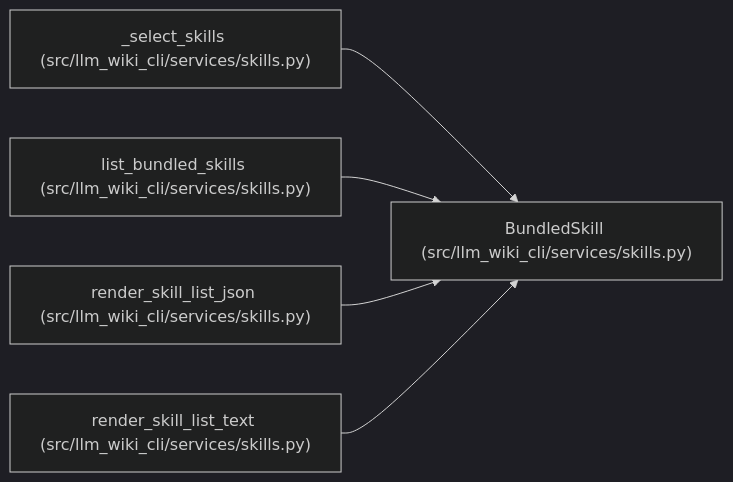
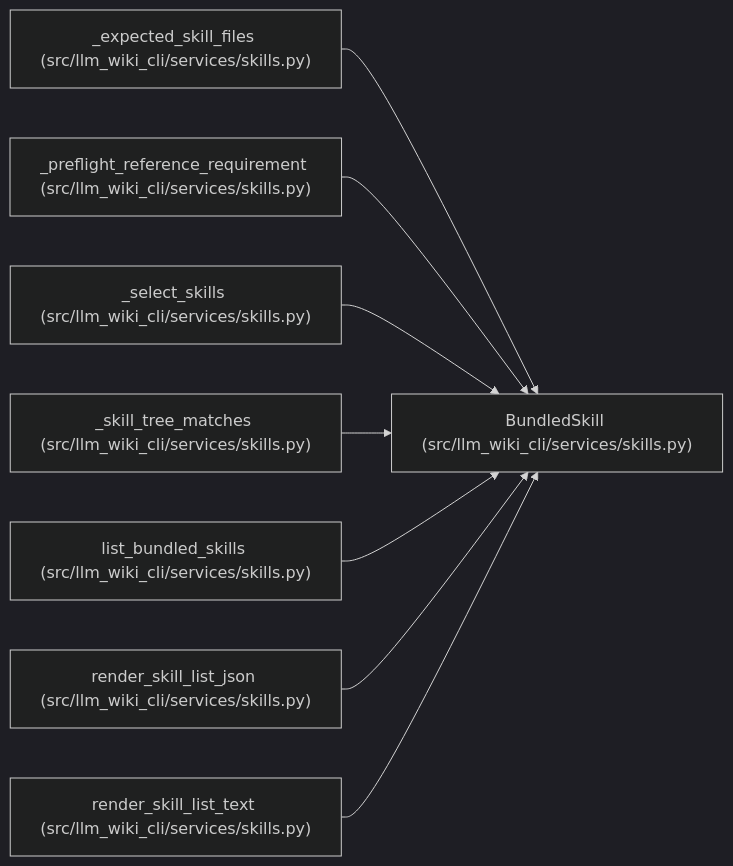
Before and after one commit to Denissvgn/python-wiki-llm: the diagram in docs/llm_wiki/entities/BundledSkill.md, drawn with Mermaid (dark theme). The commit also changed other lines of this file and 364 other files, not shown here.

````diff
--- a/docs/llm_wiki/entities/BundledSkill.md
+++ b/docs/llm_wiki/entities/BundledSkill.md
@@ -33,17 +33,26 @@
 ```mermaid
 flowchart LR
     n0["BundledSkill (src/llm_wiki_cli/services/skills.py)"]
-    n1["_select_skills (src/llm_wiki_cli/services/skills.py)"]
-    n2["list_bundled_skills (src/llm_wiki_cli/services/skills.py)"]
-    n3["render_skill_list_json (src/llm_wiki_cli/services/skills.py)"]
-    n4["render_skill_list_text (src/llm_wiki_cli/services/skills.py)"]
+    n1["_expected_skill_files (src/llm_wiki_cli/services/skills.py)"]
+    n2["_preflight_reference_requirement (src/llm_wiki_cli/services/skills.py)"]
+    n3["_select_skills (src/llm_wiki_cli/services/skills.py)"]
+    n4["_skill_tree_matches (src/llm_wiki_cli/services/skills.py)"]
+    n5["list_bundled_skills (src/llm_wiki_cli/services/skills.py)"]
+    n6["render_skill_list_json (src/llm_wiki_cli/services/skills.py)"]
+    n7["render_skill_list_text (src/llm_wiki_cli/services/skills.py)"]
     n1 --> n0
     n2 --> n0
     n3 --> n0
     n4 --> n0
+    n5 --> n0
+    n6 --> n0
+    n7 --> n0
     click n0 "../modules/skills.md"
     click n1 "../modules/skills.md"
     click n2 "../modules/skills.md"
     click n3 "../modules/skills.md"
     click n4 "../modules/skills.md"
+    click n5 "../modules/skills.md"
+    click n6 "../modules/skills.md"
+    click n7 "../modules/skills.md"
 ```
````
